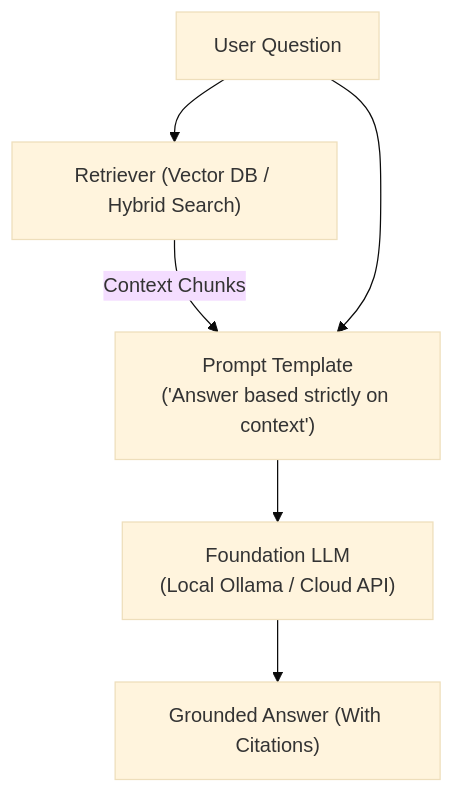
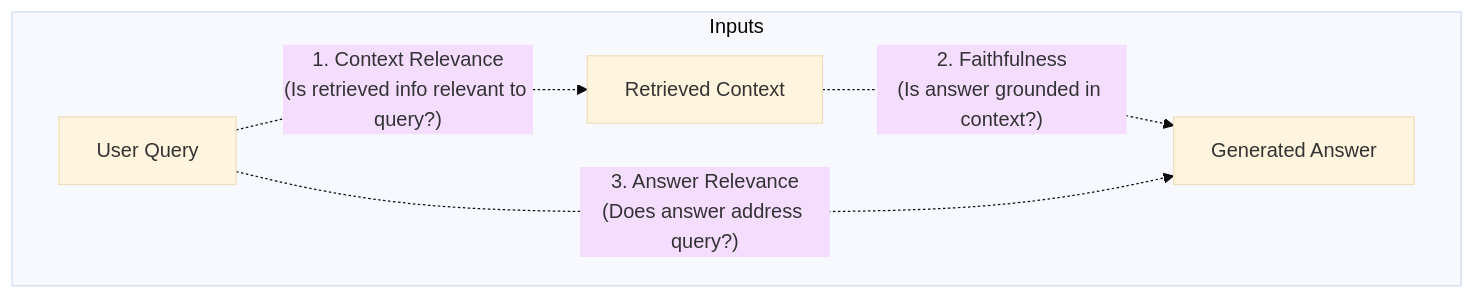
Before and after one commit to DeshDeepakKant/ai-engineering-docs: the diagram in docs/06-llm-evaluation/01-llm-evaluation-campusx/14-evaluating-rag-testing-the-generator-ful.md, drawn with Mermaid (base theme). The commit also changed other lines of this file and 182 other files, not shown here.

````diff
--- a/docs/06-llm-evaluation/01-llm-evaluation-campusx/14-evaluating-rag-testing-the-generator-ful.md
+++ b/docs/06-llm-evaluation/01-llm-evaluation-campusx/14-evaluating-rag-testing-the-generator-ful.md
@@ -35,8 +35,12 @@
 ```mermaid
 flowchart TD
-    Q["User Question"] --> R["Retriever (Vector DB / Hybrid Search)"]
-    R -->|Context Chunks| P["Prompt Template\n('Answer based strictly on context')"]
-    Q --> P
-    P --> LLM["Foundation LLM\n(Local Ollama / Cloud API)"]
-    LLM --> G["Grounded Answer (With Citations)"]
+    subgraph Inputs
+        Q["User Query"]
+        C["Retrieved Context"]
+        A["Generated Answer"]
+    end
+
+    Q -.->|"1. Context Relevance\n(Is retrieved info relevant to query?)"| C
+    C -.->|"2. Faithfulness\n(Is answer grounded in context?)"| A
+    Q -.->|"3. Answer Relevance\n(Does answer address query?)"| A
 ```
````
